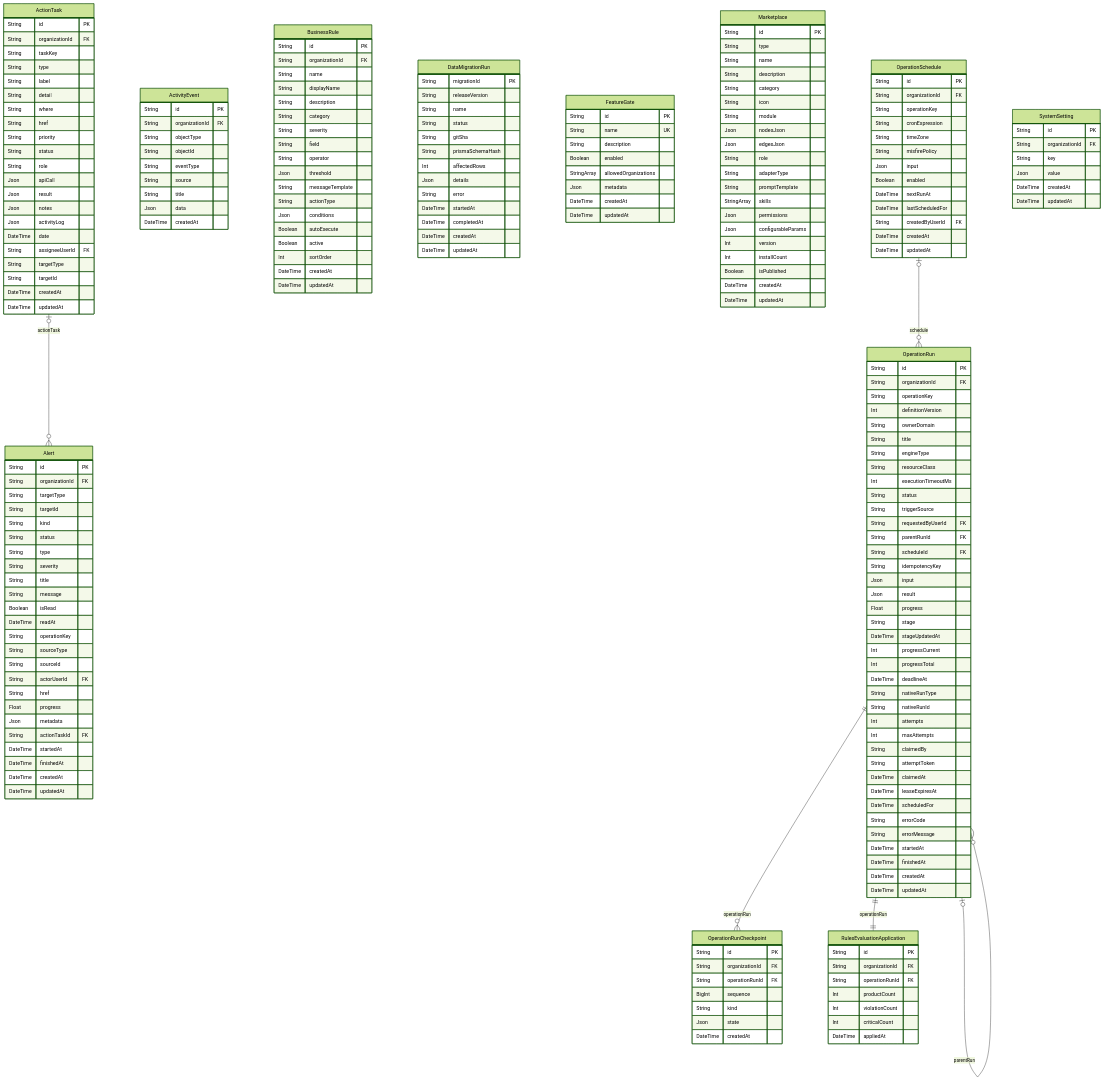
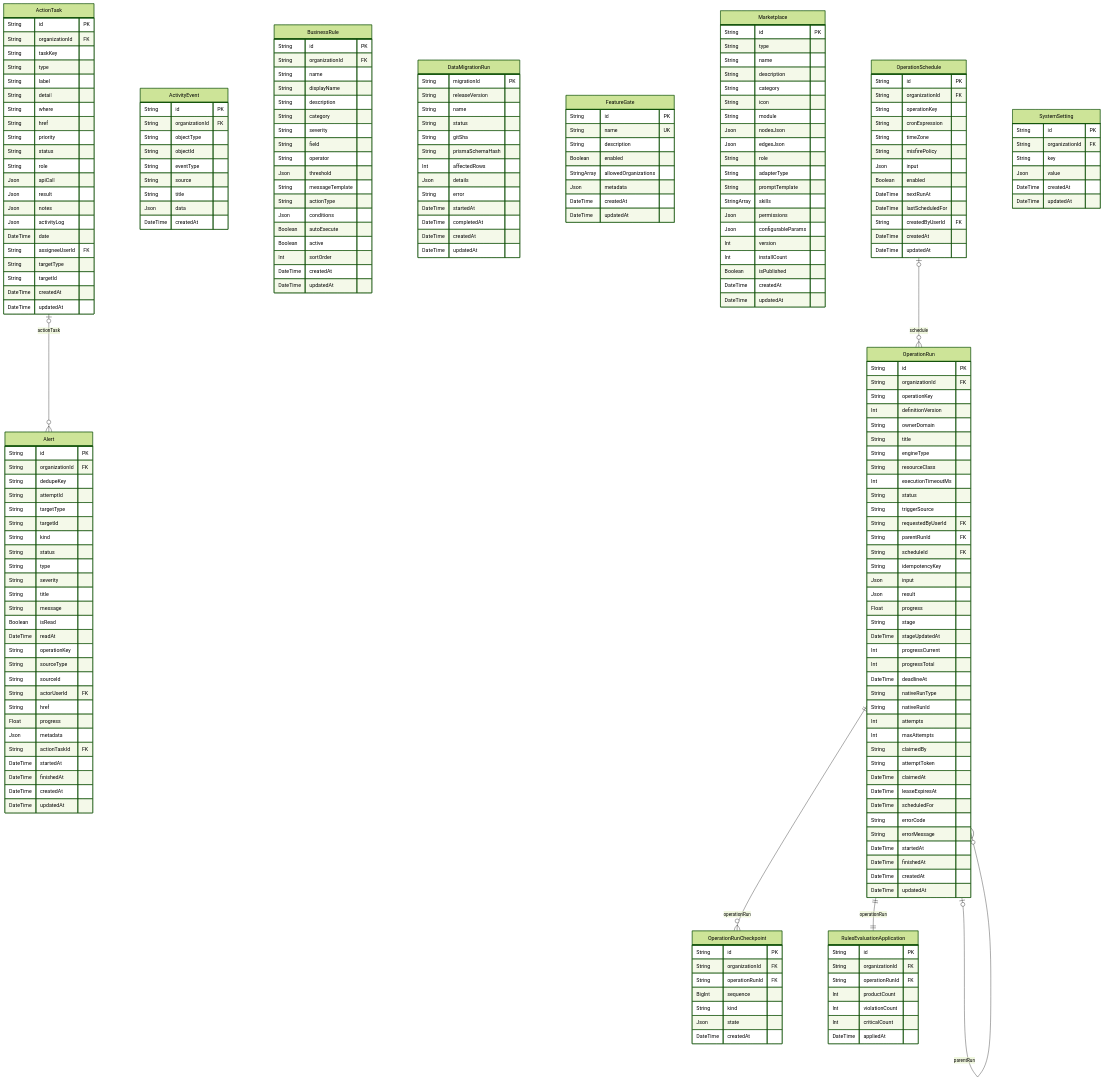
One commit to AgentFoundry-Labs/kiditem changed the diagram in docs/erd/system.md. Above: the diagram before and after it, drawn with Mermaid (forest theme). The commit also changed 15 other files, not shown here.

```diff
--- a/docs/erd/system.md
+++ b/docs/erd/system.md
@@ -63,6 +63,8 @@
   Alert {
     String id PK
     String organizationId FK
+    String dedupeKey
+    String attemptId
     String targetType
     String targetId
     String kind
```
